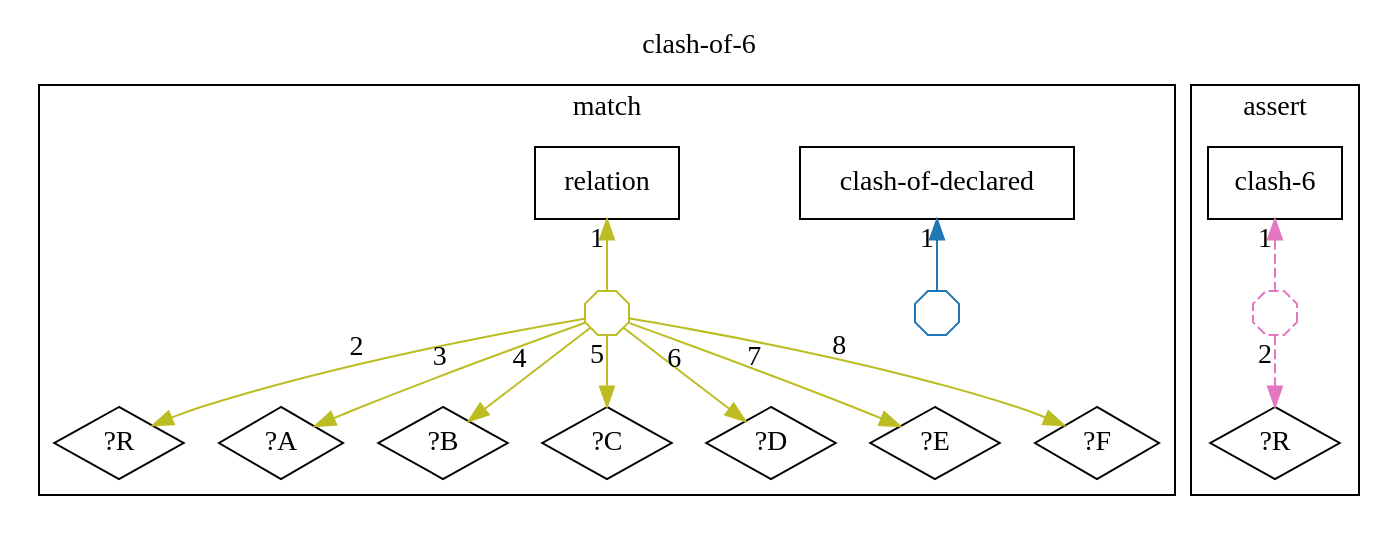
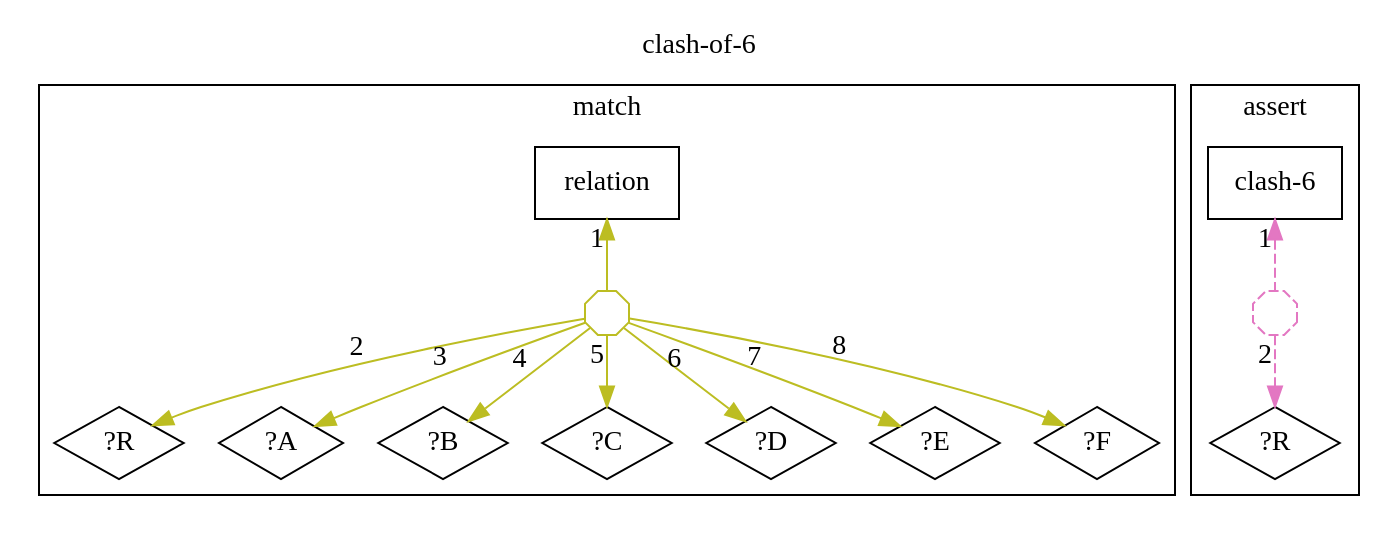
Before and after one commit to agutikov/ein: the diagram in docs/ein/user/04-reference/04-stdlib/diagrams/20-std.contradiction.clash-of-6.dot, drawn with Graphviz. The commit also changed 141 other files, not shown here.

```diff
--- a/docs/ein/user/04-reference/04-stdlib/diagrams/20-std.contradiction.clash-of-6.dot
+++ b/docs/ein/user/04-reference/04-stdlib/diagrams/20-std.contradiction.clash-of-6.dot
@@ -1,33 +1,30 @@
 digraph rule_clash_of_6_lhs_rhs {
   rankdir=TB;
   label="clash-of-6"; labelloc=t;
   subgraph cluster_lhs { label="match";
-    "clash-of-declared_L" [label="clash-of-declared", shape=box];
     "relation_L" [label="relation", shape=box];
     "?R_L" [label="?R", shape=diamond];
     "?A_L" [label="?A", shape=diamond];
     "?B_L" [label="?B", shape=diamond];
     "?C_L" [label="?C", shape=diamond];
     "?D_L" [label="?D", shape=diamond];
     "?E_L" [label="?E", shape=diamond];
     "?F_L" [label="?F", shape=diamond];
-    "h1_clash-of-declared_L" [shape=octagon, label="", width=0.3, height=0.3, fixedsize=true, color="#1f77b4"];
-    "clash-of-declared_L" -> "h1_clash-of-declared_L" [xlabel="1", dir=back, color="#1f77b4"];
-    "h2_relation_L" [shape=octagon, label="", width=0.3, height=0.3, fixedsize=true, color="#bcbd22"];
-    "relation_L" -> "h2_relation_L" [xlabel="1", dir=back, color="#bcbd22"];
-    "h2_relation_L" -> "?R_L" [xlabel="2", color="#bcbd22"];
-    "h2_relation_L" -> "?A_L" [xlabel="3", color="#bcbd22"];
-    "h2_relation_L" -> "?B_L" [xlabel="4", color="#bcbd22"];
-    "h2_relation_L" -> "?C_L" [xlabel="5", color="#bcbd22"];
-    "h2_relation_L" -> "?D_L" [xlabel="6", color="#bcbd22"];
-    "h2_relation_L" -> "?E_L" [xlabel="7", color="#bcbd22"];
-    "h2_relation_L" -> "?F_L" [xlabel="8", color="#bcbd22"];
+    "h1_relation_L" [shape=octagon, label="", width=0.3, height=0.3, fixedsize=true, color="#bcbd22"];
+    "relation_L" -> "h1_relation_L" [xlabel="1", dir=back, color="#bcbd22"];
+    "h1_relation_L" -> "?R_L" [xlabel="2", color="#bcbd22"];
+    "h1_relation_L" -> "?A_L" [xlabel="3", color="#bcbd22"];
+    "h1_relation_L" -> "?B_L" [xlabel="4", color="#bcbd22"];
+    "h1_relation_L" -> "?C_L" [xlabel="5", color="#bcbd22"];
+    "h1_relation_L" -> "?D_L" [xlabel="6", color="#bcbd22"];
+    "h1_relation_L" -> "?E_L" [xlabel="7", color="#bcbd22"];
+    "h1_relation_L" -> "?F_L" [xlabel="8", color="#bcbd22"];
   }
   subgraph cluster_rhs { label="assert";
     "clash-6_R" [label="clash-6", shape=box];
     "?R_R" [label="?R", shape=diamond];
-    "h3_clash-6_R" [shape=octagon, label="", width=0.3, height=0.3, fixedsize=true, color="#e377c2", style=dashed];
-    "clash-6_R" -> "h3_clash-6_R" [xlabel="1", dir=back, color="#e377c2", style=dashed];
-    "h3_clash-6_R" -> "?R_R" [xlabel="2", color="#e377c2", style=dashed];
+    "h2_clash-6_R" [shape=octagon, label="", width=0.3, height=0.3, fixedsize=true, color="#e377c2", style=dashed];
+    "clash-6_R" -> "h2_clash-6_R" [xlabel="1", dir=back, color="#e377c2", style=dashed];
+    "h2_clash-6_R" -> "?R_R" [xlabel="2", color="#e377c2", style=dashed];
   }
 }
```
